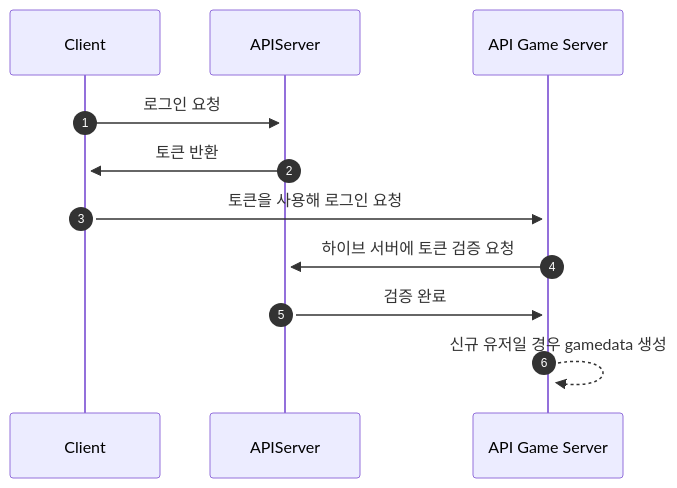
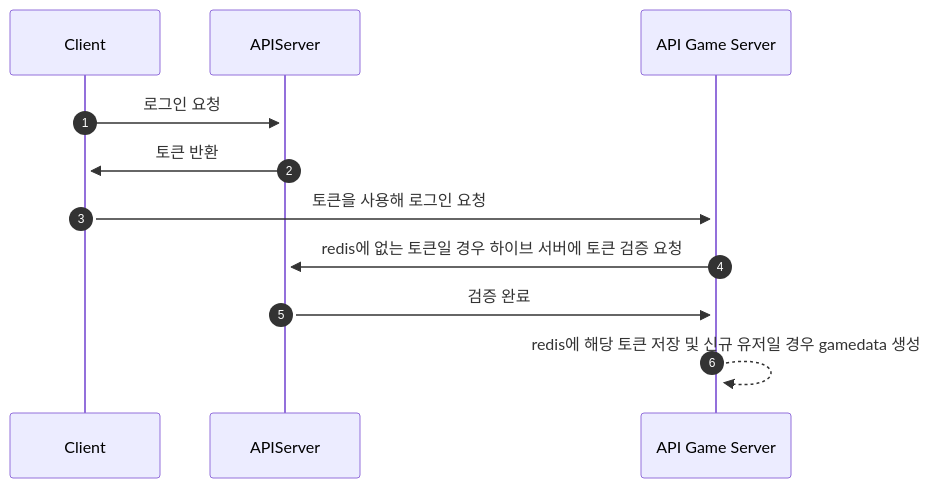
One commit to KMH8359/ServerCampus_APIServer changed the diagram in SequenceDiagram.md. Above: the diagram before and after it, drawn with Mermaid. The commit also changed 46 other files, not shown here.

````diff
--- a/SequenceDiagram.md
+++ b/SequenceDiagram.md
@@ -1,16 +1,16 @@
 ```mermaid
   sequenceDiagram
     participant client as Client
     participant apiserver as APIServer
     participant apigameserver as API Game Server
     
     autonumber
     
     client ->>+ apiserver: 로그인 요청
     apiserver ->>+ client: 토큰 반환
     client ->>+ apigameserver: 토큰을 사용해 로그인 요청
-    apigameserver ->> apiserver: 하이브 서버에 토큰 검증 요청
+    apigameserver ->> apiserver: redis에 없는 토큰일 경우 하이브 서버에 토큰 검증 요청
     apiserver ->>+ apigameserver: 검증 완료
-    apigameserver -->> apigameserver: 신규 유저일 경우 gamedata 생성
+    apigameserver -->> apigameserver: redis에 해당 토큰 저장 및 신규 유저일 경우 gamedata 생성
 
 ```
````
